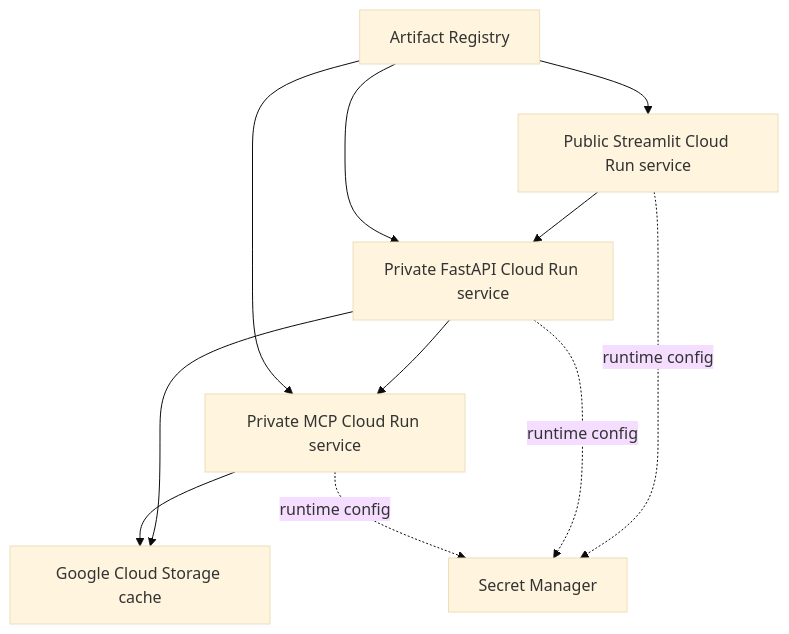
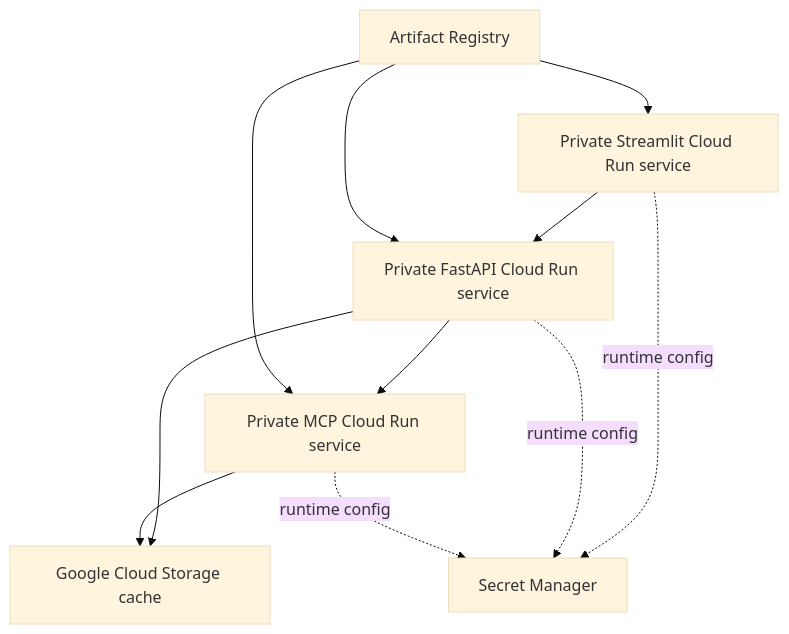
Before and after one commit to syrvil/OptionAI-portfolio: the diagram in docs/phases/phase-05-cloud-deployment.md, drawn with Mermaid (base theme). The commit also changed other lines of this file and 2 other files, not shown here.

Commit message:
docs: private Cloud Run UI access

````diff
--- a/docs/phases/phase-05-cloud-deployment.md
+++ b/docs/phases/phase-05-cloud-deployment.md
@@ -21,20 +21,20 @@
 ```mermaid
 flowchart TD
-    UI[Public Streamlit Cloud Run service]
+    UI[Private Streamlit Cloud Run service]
     API[Private FastAPI Cloud Run service]
     MCP[Private MCP Cloud Run service]
     GCS[Google Cloud Storage cache]
     SM[Secret Manager]
     AR[Artifact Registry]
 
     UI --> API
     API --> MCP
     API --> GCS
     MCP --> GCS
     UI -. runtime config .-> SM
     API -. runtime config .-> SM
     MCP -. runtime config .-> SM
     AR --> UI
     AR --> API
     AR --> MCP
 ```
````
